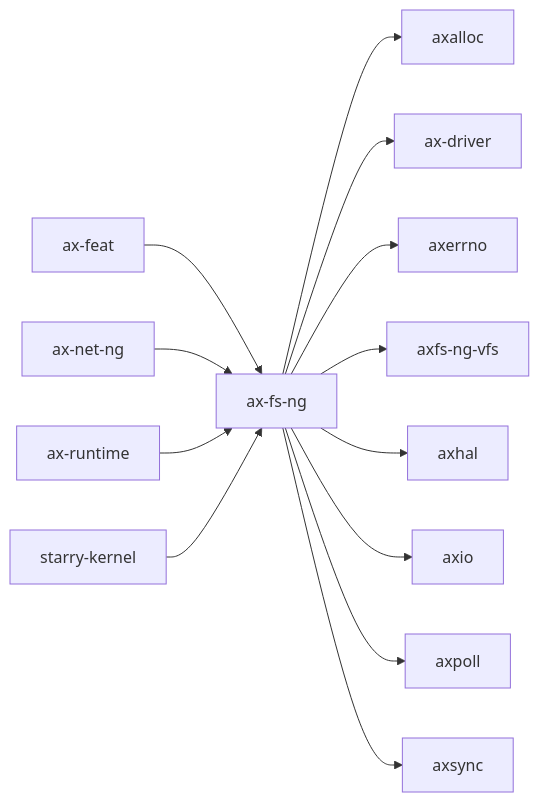
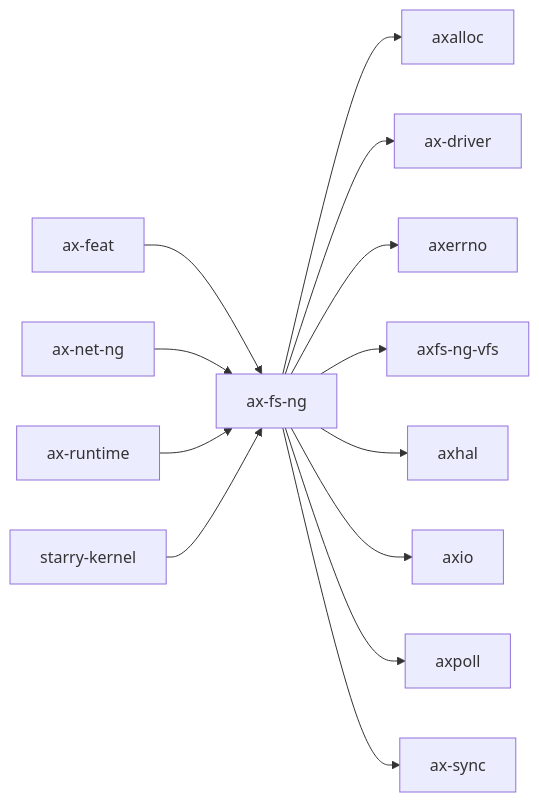
The diagram in docs/crates/ax-fs-ng.md (zKurisu/tgoskits), drawn with Mermaid before and after one commit. The commit also changed other lines of this file and 79 other files, not shown here.

Commit message:
rename axsync to ax-sync

````diff
--- a/docs/crates/ax-fs-ng.md
+++ b/docs/crates/ax-fs-ng.md
@@ -32,16 +32,16 @@
 ```mermaid
 graph LR
     current["ax-fs-ng"]
     current --> axalloc["axalloc"]
     current --> ax-driver["ax-driver"]
     current --> axerrno["axerrno"]
     current --> axfs_ng_vfs["axfs-ng-vfs"]
     current --> axhal["axhal"]
     current --> axio["axio"]
     current --> axpoll["axpoll"]
-    current --> axsync["axsync"]
+    current --> ax-sync["ax-sync"]
     ax_feat["ax-feat"] --> current
     ax_net_ng["ax-net-ng"] --> current
     ax_runtime["ax-runtime"] --> current
     starry_kernel["starry-kernel"] --> current
 ```
````
